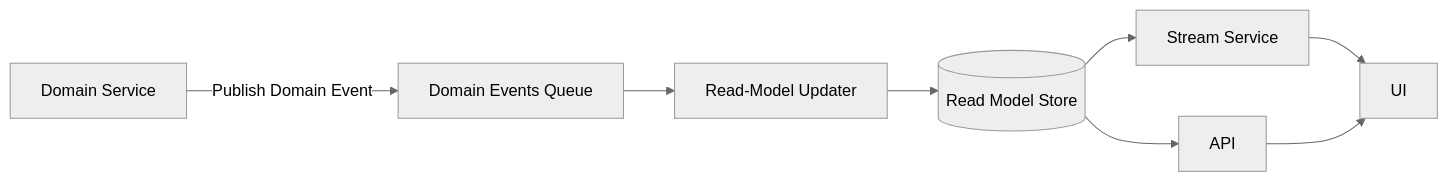
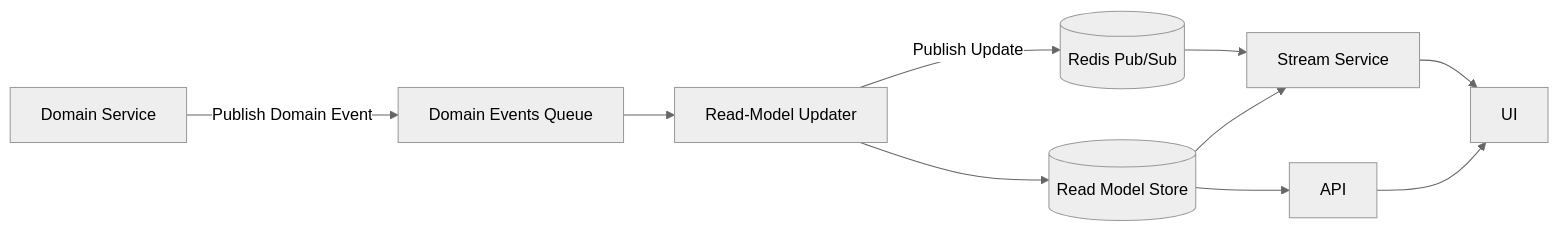
The second of 2 diagrams in docs/event_flow.md (MisterVVP/prism-plan), drawn with Mermaid (neutral theme) before and after one commit. The commit also changed 5 other files, not shown here.

Commit message:
feat: add redis pubsub to stream service

````diff
--- a/docs/event_flow.md
+++ b/docs/event_flow.md
@@ -24,10 +24,12 @@
 ```mermaid
 flowchart LR
     DS[Domain Service] -->|Publish Domain Event| DEQ[Domain Events Queue]
     DEQ --> RMU[Read-Model Updater]
     RMU --> RM[(Read Model Store)]
+    RMU -->|Publish Update| REDIS[(Redis Pub/Sub)]
+    REDIS --> SS[Stream Service]
     RM --> API
-    RM --> SS[Stream Service]
+    RM --> SS
     SS --> UI
     API --> UI
 ```
````
